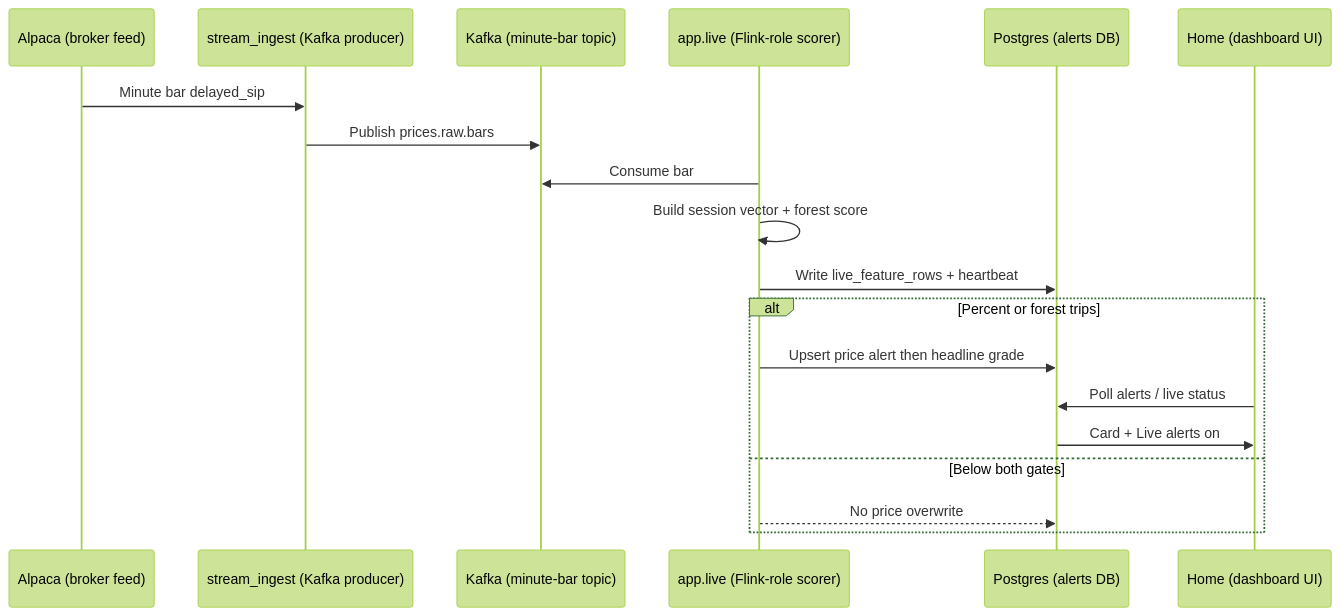
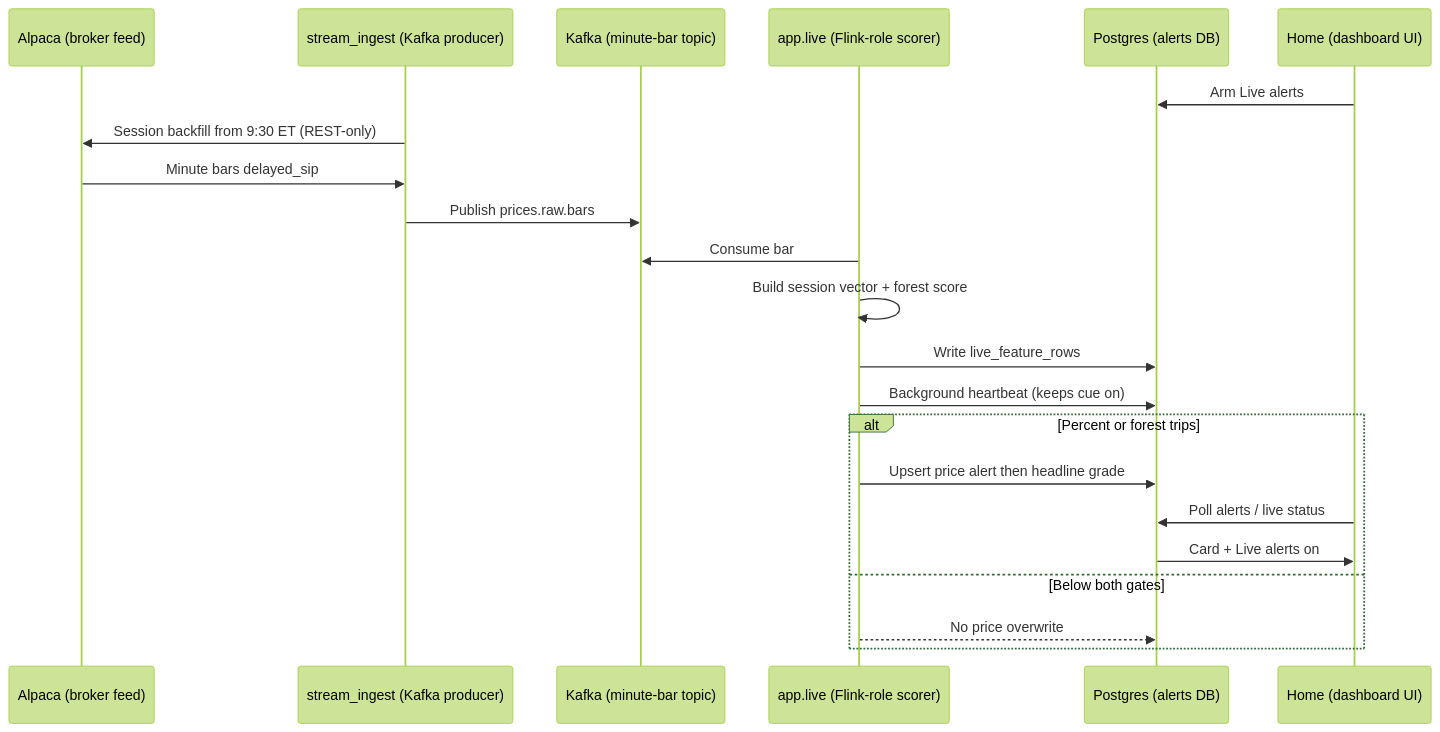
One commit to sameerde4/ticker-alert-system changed the fifth of 11 diagrams in docs/architecture.md. Above: the diagram before and after it, drawn with Mermaid (forest theme). The commit also changed other lines of this file and 2 other files, not shown here.

First line of the commit message:
Document AWS demo as-built Live, lake, and deploy behavior.

````diff
--- a/docs/architecture.md
+++ b/docs/architecture.md
@@ -331,22 +336,25 @@
 ```mermaid
 sequenceDiagram
     participant Alpaca as Alpaca (broker feed)
     participant Producer as stream_ingest (Kafka producer)
     participant Kafka as Kafka (minute-bar topic)
     participant Live as app.live (Flink-role scorer)
     participant PG as Postgres (alerts DB)
     participant UI as Home (dashboard UI)
 
-    Alpaca->>Producer: Minute bar delayed_sip
+    UI->>PG: Arm Live alerts
+    Producer->>Alpaca: Session backfill from 9:30 ET (REST-only)
+    Alpaca->>Producer: Minute bars delayed_sip
     Producer->>Kafka: Publish prices.raw.bars
     Live->>Kafka: Consume bar
     Live->>Live: Build session vector + forest score
-    Live->>PG: Write live_feature_rows + heartbeat
+    Live->>PG: Write live_feature_rows
+    Live->>PG: Background heartbeat (keeps cue on)
     alt Percent or forest trips
         Live->>PG: Upsert price alert then headline grade
         UI->>PG: Poll alerts / live status
         PG->>UI: Card + Live alerts on
     else Below both gates
         Live-->>PG: No price overwrite
     end
 ```
````
